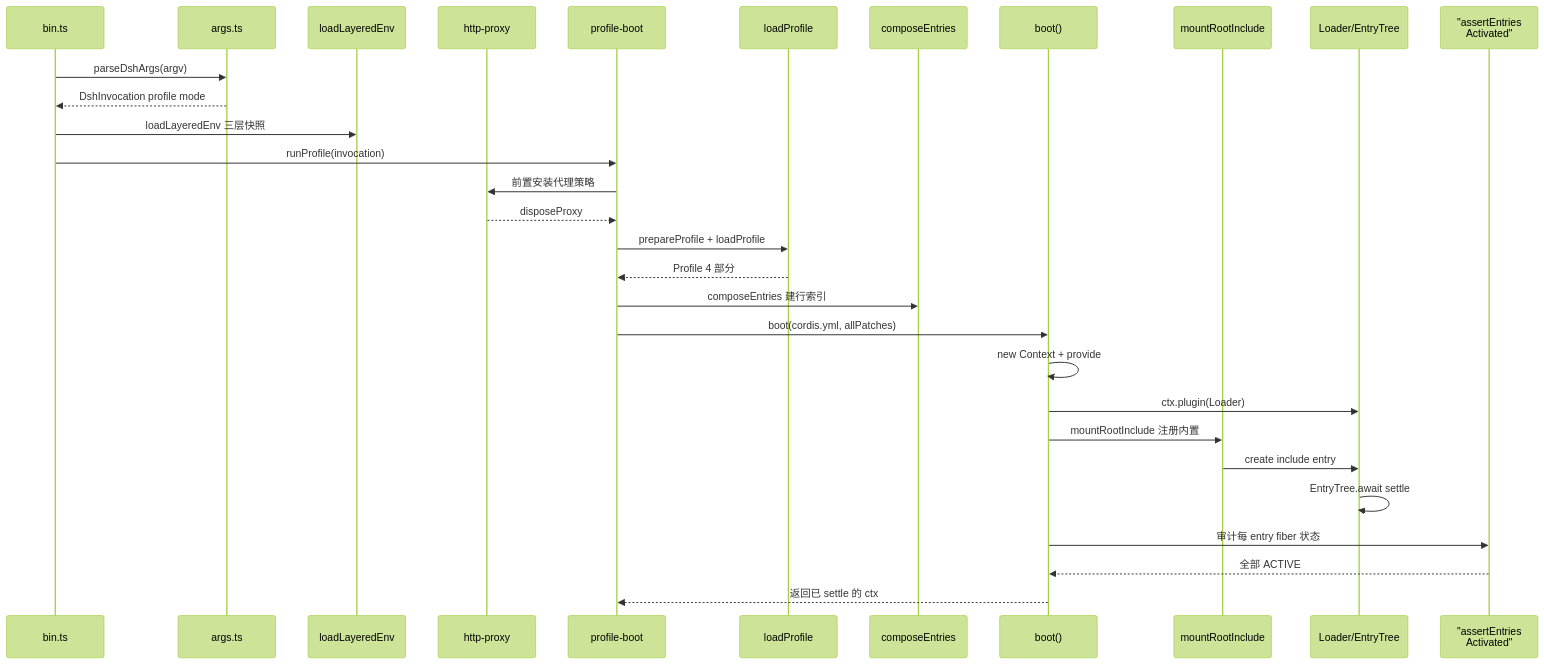
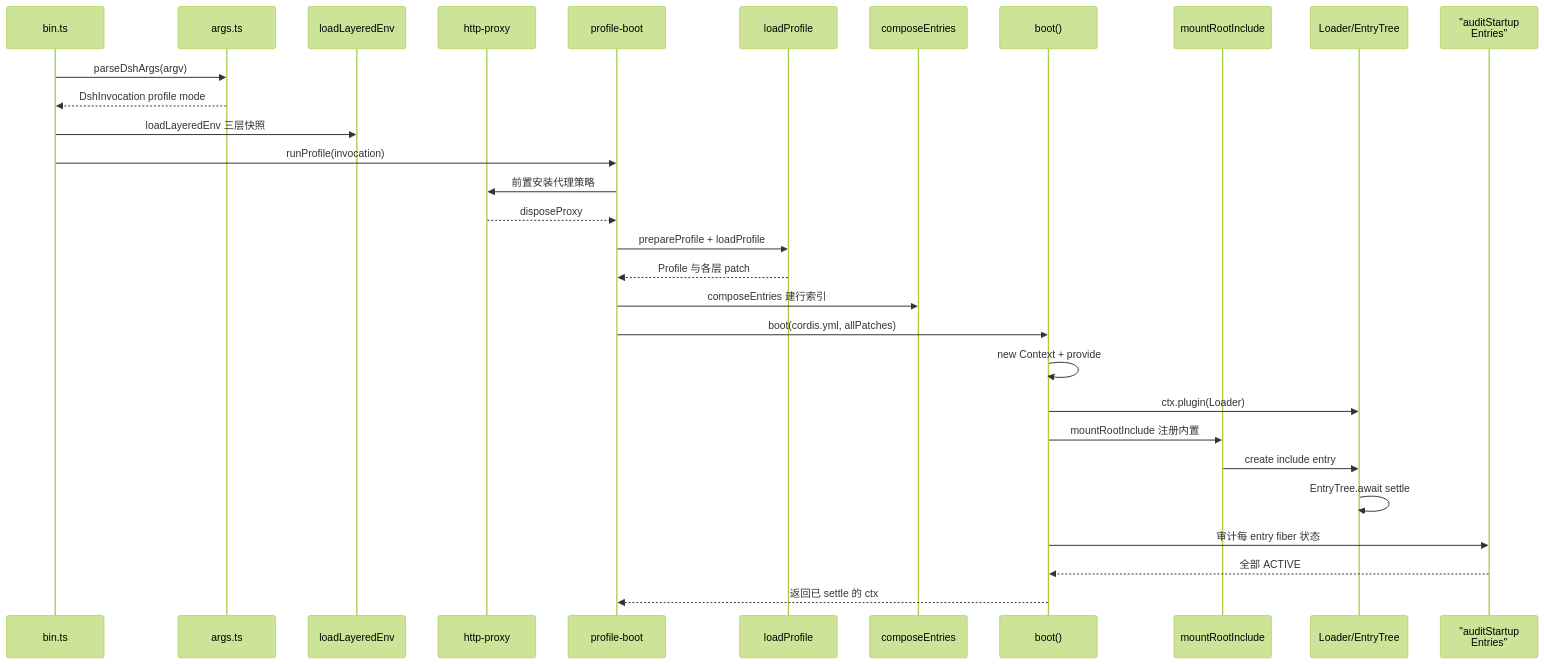
Before and after one commit to morehao/oss-insights: the second of 2 diagrams in ai-agent/deepseek-harness/architecture.md, drawn with Mermaid (forest theme). The commit also changed other lines of this file and 28 other files, not shown here.

````diff
--- a/ai-agent/deepseek-harness/architecture.md
+++ b/ai-agent/deepseek-harness/architecture.md
@@ -237,33 +262,33 @@
 ```mermaid
 sequenceDiagram
     participant bin as bin.ts
     participant args as args.ts
     participant env as loadLayeredEnv
     participant prox as http-proxy
     participant pb as profile-boot
     participant prof as loadProfile
     participant comp as composeEntries
     participant boot as boot()
     participant inc as mountRootInclude
     participant ldr as Loader/EntryTree
-    participant aud as "assertEntries<br>Activated"
+    participant aud as "auditStartup<br>Entries"
 
     bin->>args: parseDshArgs(argv)
     args-->>bin: DshInvocation profile mode
     bin->>env: loadLayeredEnv 三层快照
     bin->>pb: runProfile(invocation)
     pb->>prox: 前置安装代理策略
     prox-->>pb: disposeProxy
     pb->>prof: prepareProfile + loadProfile
-    prof-->>pb: Profile 4 部分
+    prof-->>pb: Profile 与各层 patch
     pb->>comp: composeEntries 建行索引
     pb->>boot: boot(cordis.yml, allPatches)
     boot->>boot: new Context + provide
     boot->>ldr: ctx.plugin(Loader)
     boot->>inc: mountRootInclude 注册内置
     inc->>ldr: create include entry
     ldr->>ldr: EntryTree.await settle
     boot->>aud: 审计每 entry fiber 状态
     aud-->>boot: 全部 ACTIVE
     boot-->>pb: 返回已 settle 的 ctx
 ```
````
